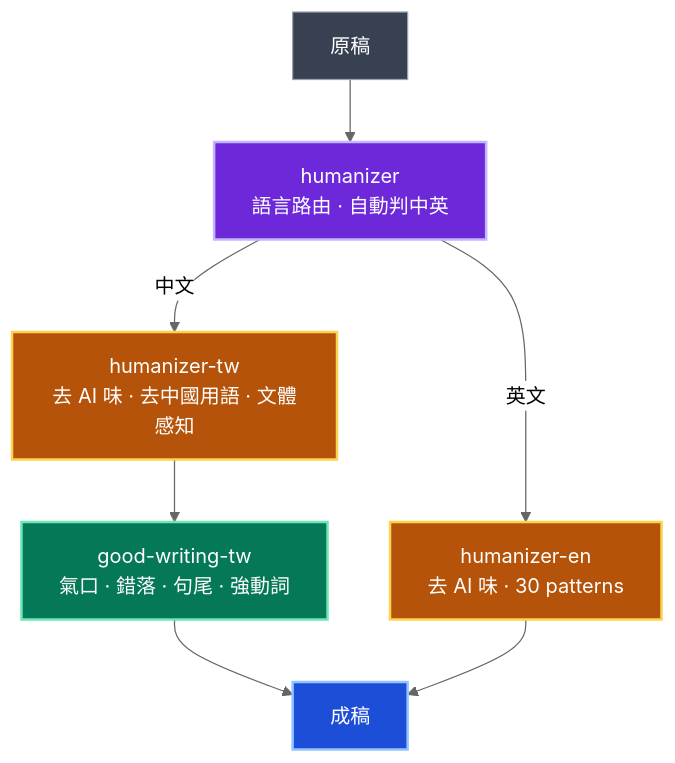
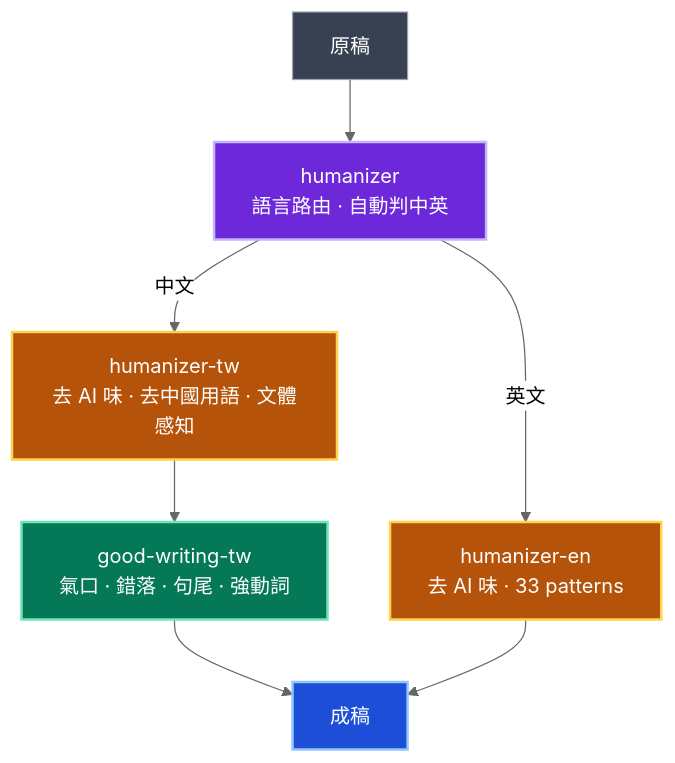
The diagram in README.md (aeopress/writing-skills.TW), drawn with Mermaid (neutral theme) before and after one commit. The commit also changed other lines of this file and 5 other files, not shown here.

````diff
--- a/README.md
+++ b/README.md
@@ -15,14 +15,14 @@
 ```mermaid
 flowchart TD
     classDef raw fill:#374151,color:#fff,stroke:#9ca3af,stroke-width:1px;
     classDef route fill:#6d28d9,color:#fff,stroke:#c4b5fd,stroke-width:2px;
     classDef hum fill:#b45309,color:#fff,stroke:#fcd34d,stroke-width:2px;
     classDef gw fill:#047857,color:#fff,stroke:#6ee7b7,stroke-width:2px;
     classDef done fill:#1d4ed8,color:#fff,stroke:#93c5fd,stroke-width:2px;
 
     A["原稿"]:::raw --> H["humanizer<br/>語言路由 · 自動判中英"]:::route
     H -->|中文| TW["humanizer-tw<br/>去 AI 味 · 去中國用語 · 文體感知"]:::hum
-    H -->|英文| EN["humanizer-en<br/>去 AI 味 · 30 patterns"]:::hum
+    H -->|英文| EN["humanizer-en<br/>去 AI 味 · 33 patterns"]:::hum
     TW --> GW["good-writing-tw<br/>氣口 · 錯落 · 句尾 · 強動詞"]:::gw --> D["成稿"]:::done
     EN --> D
 ```
````
